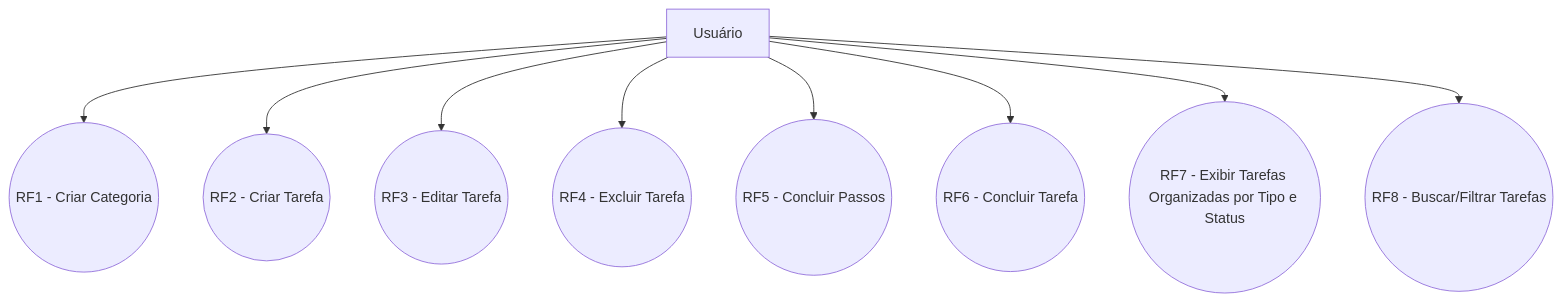
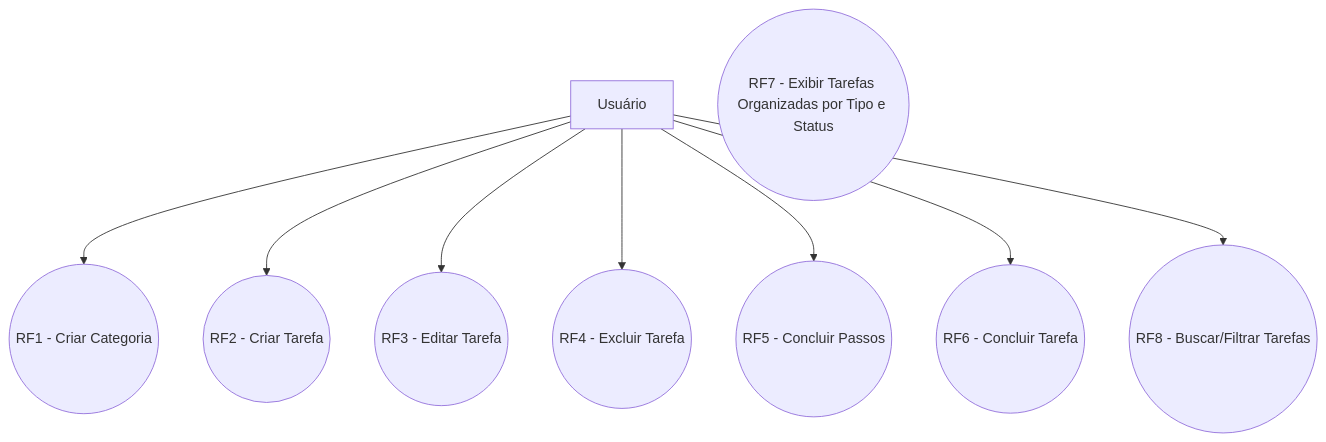
The first of 6 diagrams in REQUISITOS_Organizador_de_Tarefas.md (duanzin/chore-organizer), drawn with Mermaid before and after one commit. The commit also changed other lines of this file, not shown here.

Commit message:
fix: mermaid corrections for item 7

````diff
--- a/REQUISITOS_Organizador_de_Tarefas.md
+++ b/REQUISITOS_Organizador_de_Tarefas.md
@@ -88,13 +88,15 @@
 ```mermaid
 %% Diagrama de Casos de Uso - Organizador de Tarefas
 flowchart TD
   Usuario[Usuário]
   Usuario --> UC1((RF1 - Criar Categoria))
   Usuario --> UC2((RF2 - Criar Tarefa))
   Usuario --> UC3((RF3 - Editar Tarefa))
   Usuario --> UC4((RF4 - Excluir Tarefa))
   Usuario --> UC5((RF5 - Concluir Passos))
   Usuario --> UC6((RF6 - Concluir Tarefa))
-  Usuario --> UC7((RF7 - Exibir Tarefas Organizadas por Tipo e Status))
+  %% Os casos de uso abaixo são executados pelo sistema automaticamente
+  UC6((RF6 - Concluir Tarefa))
+  UC7((RF7 - Exibir Tarefas Organizadas por Tipo e Status))
   Usuario --> UC8((RF8 - Buscar/Filtrar Tarefas))
 ```
````
